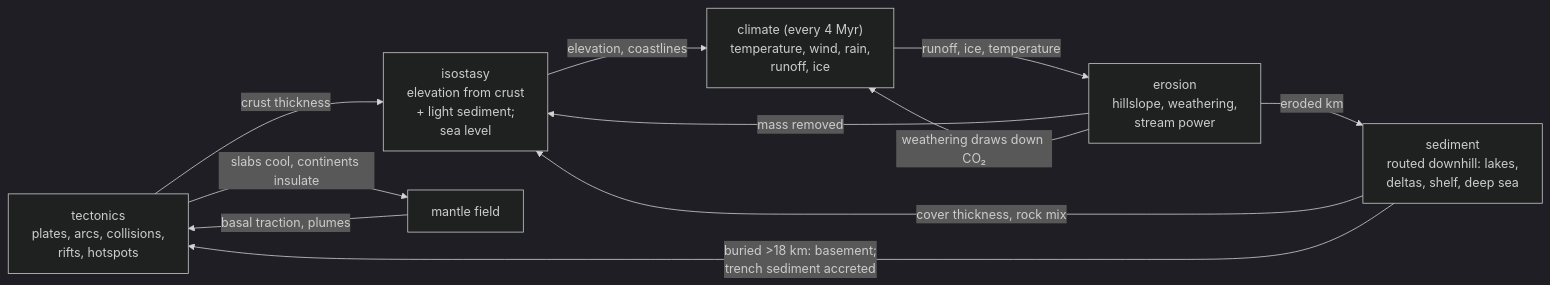
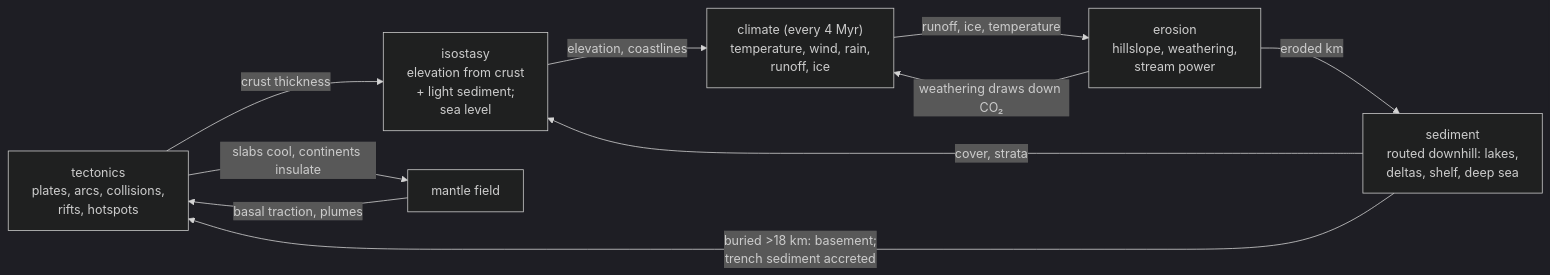
The second of 2 diagrams in docs/overview.md (engma-linguistics/procedural-world-generation), drawn with Mermaid (dark theme) before and after one commit. The commit also changed other lines of this file and 2 other files, not shown here.

````diff
--- a/docs/overview.md
+++ b/docs/overview.md
@@ -128,12 +128,11 @@
 ```mermaid
 flowchart LR
   T["tectonics<br/>plates, arcs, collisions,<br/>rifts, hotspots"] -->|crust thickness| I["isostasy<br/>elevation from crust<br/>+ light sediment;<br/>sea level"]
   I -->|"elevation, coastlines"| C["climate (every 4 Myr)<br/>temperature, wind, rain,<br/>runoff, ice"]
   C -->|"runoff, ice, temperature"| E["erosion<br/>hillslope, weathering,<br/>stream power"]
   E -->|"eroded km"| D["sediment<br/>routed downhill: lakes,<br/>deltas, shelf, deep sea"]
-  D -->|"cover thickness, rock mix"| I
-  E -->|"mass removed"| I
+  D -->|"cover, strata"| I
   E -->|"weathering draws down CO₂"| C
   D -->|"buried >18 km: basement;<br/>trench sediment accreted"| T
   T -->|"slabs cool, continents insulate"| M["mantle field"] -->|basal traction, plumes| T
 ```
````
